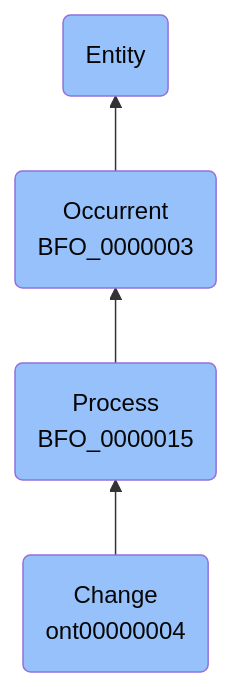
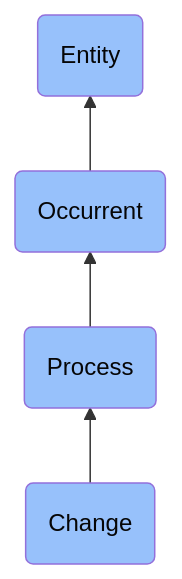
One commit to jupyter-naas/abi changed the diagram in docs/ontology/reference/model/Entity/Occurrent/Process/Change/Change.md. Above: the diagram before and after it, drawn with Mermaid. The commit also changed other lines of this file and 1430 other files, not shown here.

````diff
--- a/docs/ontology/reference/model/Entity/Occurrent/Process/Change/Change.md
+++ b/docs/ontology/reference/model/Entity/Occurrent/Process/Change/Change.md
@@ -24,11 +24,11 @@
 ```mermaid
 graph BT
-    ont00000004(Change<br>ont00000004):::BFO-->BFO_0000015
-    BFO_0000015(Process<br>BFO_0000015):::BFO-->BFO_0000003
-    BFO_0000003(Occurrent<br>BFO_0000003):::BFO-->BFO_0000001
+    ont00000004(Change):::BFO-->BFO_0000015
+    BFO_0000015(Process):::BFO-->BFO_0000003
+    BFO_0000003(Occurrent):::BFO-->BFO_0000001
     BFO_0000001(Entity):::BFO
     
     classDef BFO fill:#97c1fb,color:#060606
     classDef CCO fill:#e4c51e,color:#060606
     classDef ABI fill:#48DD82,color:#060606
 ```
````
